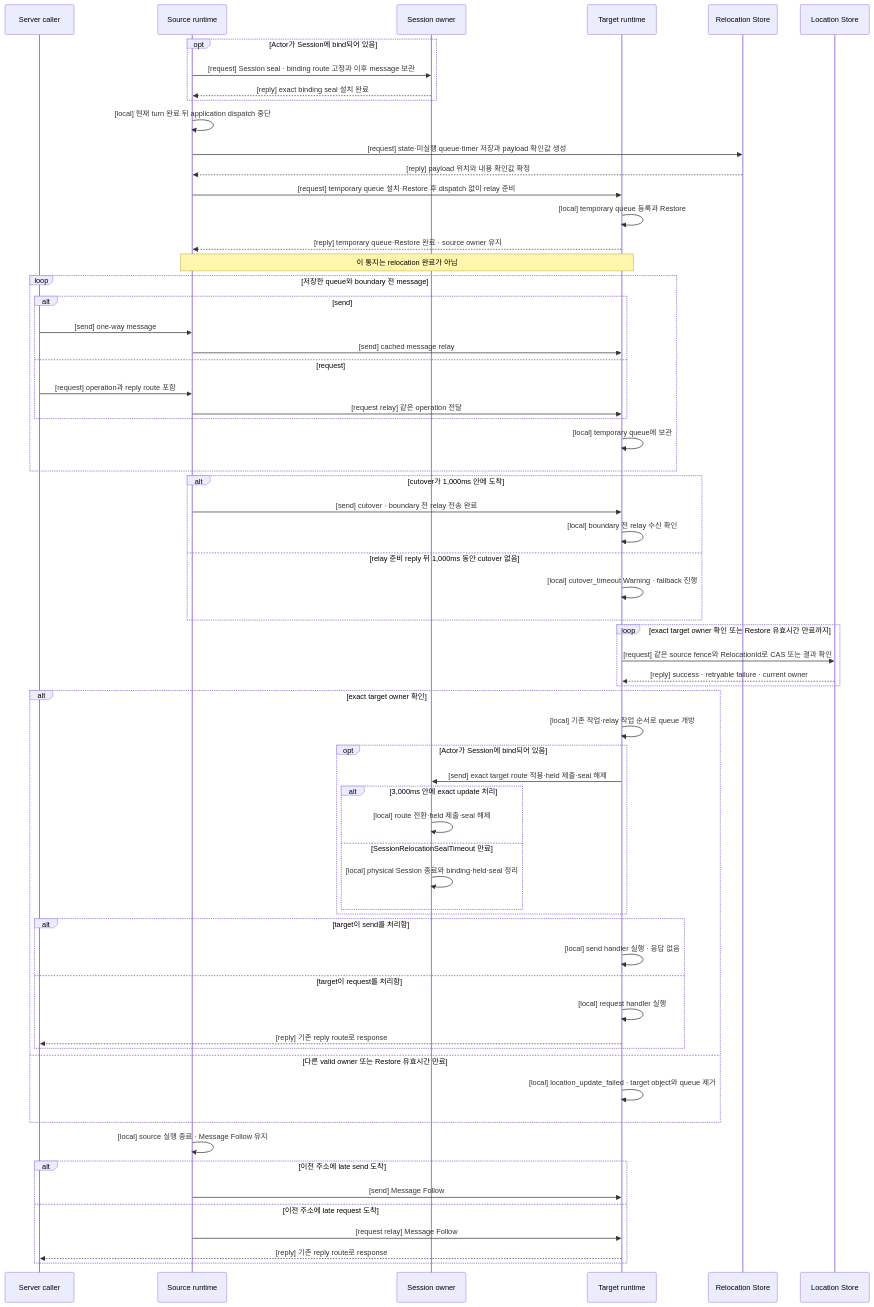
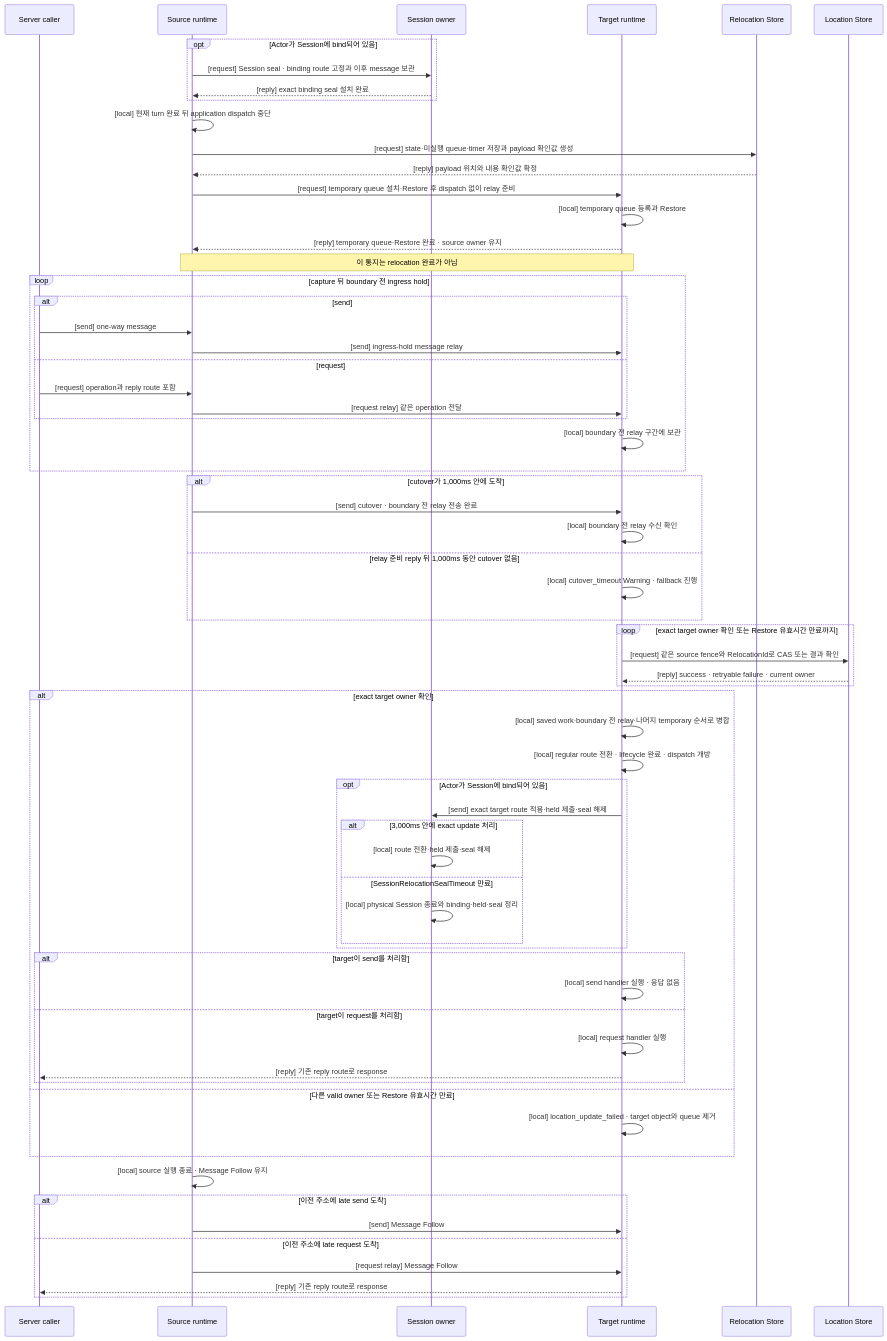
One commit to zlink-systems/zlink changed the diagram in framework/doc/framework/common/spec/28-relocation-flow.ko.md. Above: the diagram before and after it, drawn with Mermaid. The commit also changed other lines of this file and 293 other files, not shown here.

````diff
--- a/framework/doc/framework/common/spec/28-relocation-flow.ko.md
+++ b/framework/doc/framework/common/spec/28-relocation-flow.ko.md
@@ -214,67 +249,68 @@
 ```mermaid
 sequenceDiagram
     participant C as Server caller
     participant A as Source runtime
     participant S as Session owner
     participant B as Target runtime
     participant R as Relocation Store
     participant L as Location Store
 
     opt Actor가 Session에 bind되어 있음
         A->>S: [request] Session seal · binding route 고정과 이후 message 보관
         S-->>A: [reply] exact binding seal 설치 완료
     end
     A->>A: [local] 현재 turn 완료 뒤 application dispatch 중단
     A->>R: [request] state·미실행 queue·timer 저장과 payload 확인값 생성
     R-->>A: [reply] payload 위치와 내용 확인값 확정
     A->>B: [request] temporary queue 설치·Restore 후 dispatch 없이 relay 준비
     B->>B: [local] temporary queue 등록과 Restore
     B-->>A: [reply] temporary queue·Restore 완료 · source owner 유지
     Note over A,B: 이 통지는 relocation 완료가 아님
-    loop 저장한 queue와 boundary 전 message
+    loop capture 뒤 boundary 전 ingress hold
         alt send
             C->>A: [send] one-way message
-            A->>B: [send] cached message relay
+            A->>B: [send] ingress-hold message relay
         else request
             C->>A: [request] operation과 reply route 포함
             A->>B: [request relay] 같은 operation 전달
         end
-        B->>B: [local] temporary queue에 보관
+        B->>B: [local] boundary 전 relay 구간에 보관
     end
     alt cutover가 1,000ms 안에 도착
         A->>B: [send] cutover · boundary 전 relay 전송 완료
         B->>B: [local] boundary 전 relay 수신 확인
     else relay 준비 reply 뒤 1,000ms 동안 cutover 없음
         B->>B: [local] cutover_timeout Warning · fallback 진행
     end
     loop exact target owner 확인 또는 Restore 유효시간 만료까지
         B->>L: [request] 같은 source fence와 RelocationId로 CAS 또는 결과 확인
         L-->>B: [reply] success · retryable failure · current owner
     end
     alt exact target owner 확인
-        B->>B: [local] 기존 작업·relay 작업 순서로 queue 개방
+        B->>B: [local] saved work·boundary 전 relay·나머지 temporary 순서로 병합
+        B->>B: [local] regular route 전환 · lifecycle 완료 · dispatch 개방
         opt Actor가 Session에 bind되어 있음
             B->>S: [send] exact target route 적용·held 제출·seal 해제
             alt 3,000ms 안에 exact update 처리
                 S->>S: [local] route 전환·held 제출·seal 해제
             else SessionRelocationSealTimeout 만료
                 S->>S: [local] physical Session 종료와 binding·held·seal 정리
             end
         end
         alt target이 send를 처리함
             B->>B: [local] send handler 실행 · 응답 없음
         else target이 request를 처리함
             B->>B: [local] request handler 실행
             B-->>C: [reply] 기존 reply route로 response
         end
     else 다른 valid owner 또는 Restore 유효시간 만료
         B->>B: [local] location_update_failed · target object와 queue 제거
     end
     A->>A: [local] source 실행 종료 · Message Follow 유지
     alt 이전 주소에 late send 도착
         A->>B: [send] Message Follow
     else 이전 주소에 late request 도착
         A->>B: [request relay] Message Follow
         B-->>C: [reply] 기존 reply route로 response
     end
 ```
````
